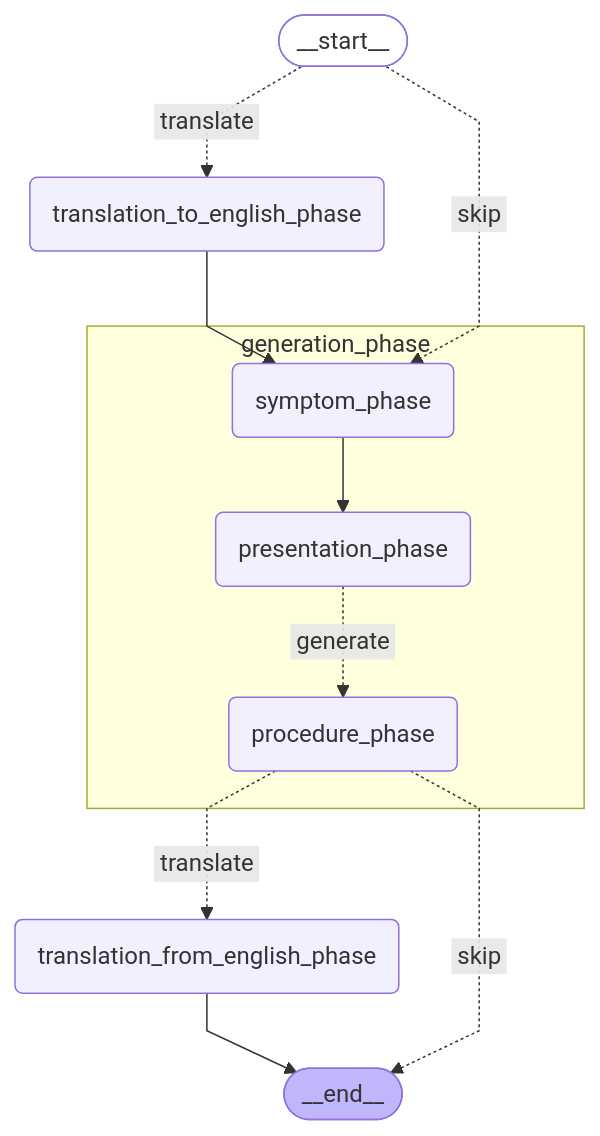
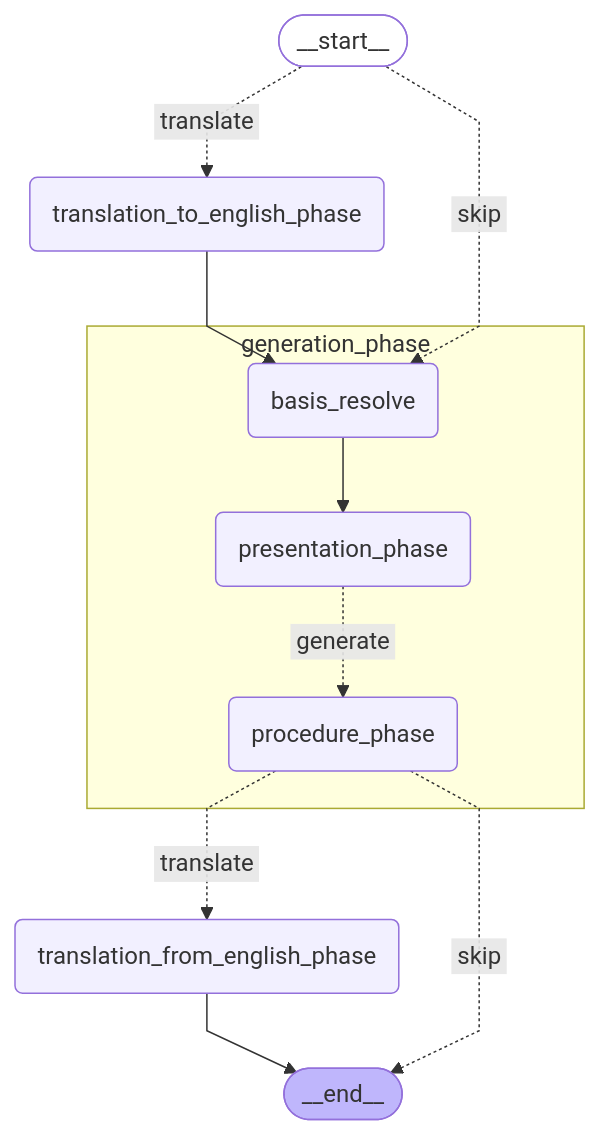
One commit to janthoXO/AetioMed changed the diagram in docs/graphs/case-graph-overview.translation-sandwich.mmd. Above: the diagram before and after it, drawn with Mermaid. The commit also changed 28 other files, not shown here.

```diff
--- a/docs/graphs/case-graph-overview.translation-sandwich.mmd
+++ b/docs/graphs/case-graph-overview.translation-sandwich.mmd
@@ -1,22 +1,22 @@
 %%{init: {'flowchart': {'curve': 'linear'}}}%%
 graph TD;
 	__start__([<p>__start__</p>]):::first
-	generation_phase_symptom_phase(symptom_phase)
+	generation_phase_basis_resolve(basis_resolve)
 	generation_phase_presentation_phase(presentation_phase)
 	generation_phase_procedure_phase(procedure_phase)
 	translation_to_english_phase(translation_to_english_phase)
 	__end__([<p>__end__</p>]):::last
 	translation_from_english_phase(translation_from_english_phase)
 	translation_from_english_phase --> __end__;
-	translation_to_english_phase --> generation_phase_symptom_phase;
+	translation_to_english_phase --> generation_phase_basis_resolve;
 	__start__ -. &nbsp;translate&nbsp; .-> translation_to_english_phase;
-	__start__ -. &nbsp;skip&nbsp; .-> generation_phase_symptom_phase;
+	__start__ -. &nbsp;skip&nbsp; .-> generation_phase_basis_resolve;
 	generation_phase_procedure_phase -. &nbsp;translate&nbsp; .-> translation_from_english_phase;
 	generation_phase_procedure_phase -. &nbsp;skip&nbsp; .-> __end__;
 	subgraph generation_phase
-	generation_phase_symptom_phase --> generation_phase_presentation_phase;
+	generation_phase_basis_resolve --> generation_phase_presentation_phase;
 	generation_phase_presentation_phase -. &nbsp;generate&nbsp; .-> generation_phase_procedure_phase;
 	end
 	classDef default fill:#f2f0ff,line-height:1.2;
 	classDef first fill-opacity:0;
 	classDef last fill:#bfb6fc;
```
